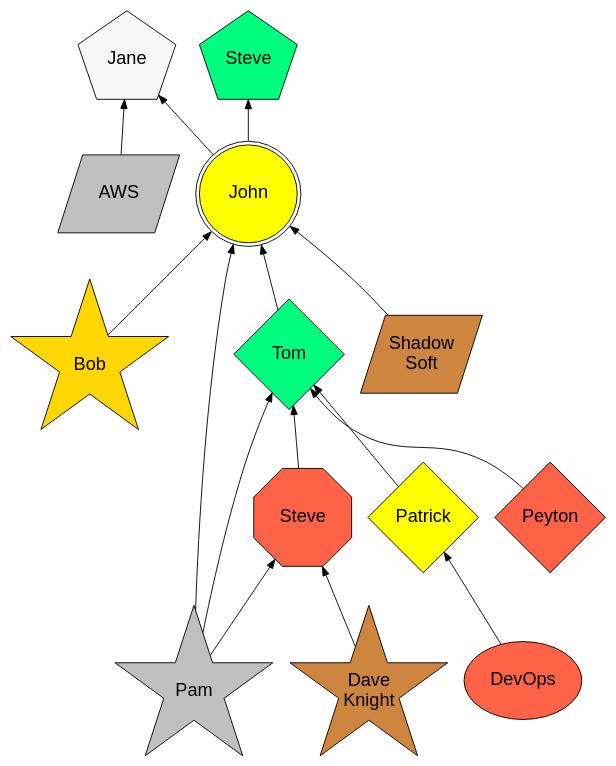
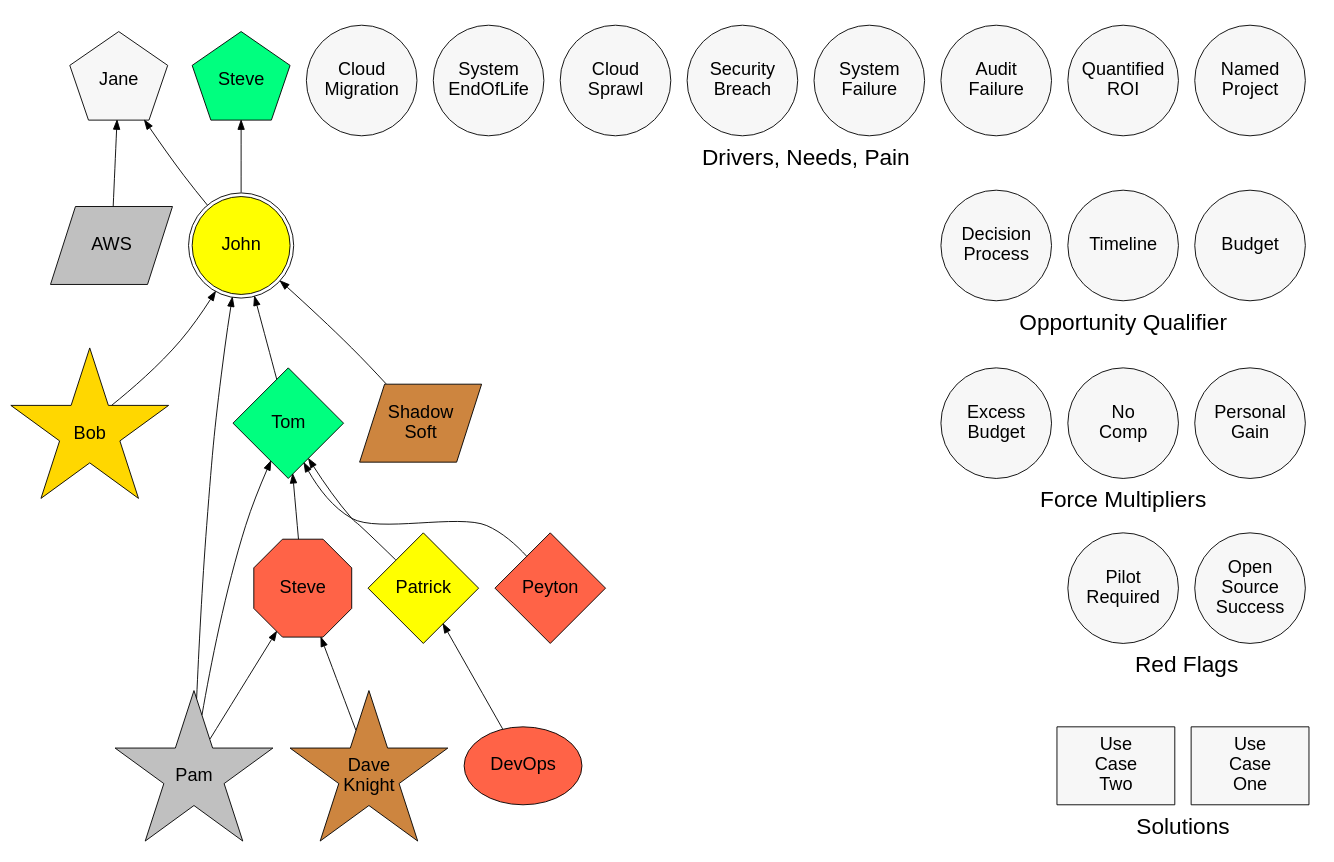
Before and after one commit to joshuaNjordan85/SouthStrategicOps: the diagram in example.dot, drawn with Graphviz.

Commit message:
Org and Indicator example

```diff
--- a/example.dot
+++ b/example.dot
@@ -137,7 +137,7 @@
 AWS [label="AWS", fillcolor=silver]
 ShadowSoft [label="Shadow\nSoft", fillcolor=peru]
 
-/* 
+ 
 
 //
 // Solutions 
@@ -199,7 +199,7 @@
   // BanT
   // The "a" are the executive and buyer nodes.
   // The "n" are the various Drivers, Needs and Pain nodes. 
-  Budget [fillcolor=deepskyblue] 
+  Budget [fillcolor=grey97] 
   Timeline [fillcolor=grey97]
 
   // meDDic (Decision criteria and process)
@@ -229,7 +229,7 @@
   {rank=same "NamedProject" "AuditFailure" "SystemFailure" "SecurityBreach" "CloudSprawl" "SystemEndOfLife" "CloudMigration"}
 }
 
-*/
+
 
 /*
 
@@ -259,7 +259,6 @@
 
 edge [style=invis]
 
-/*
 // Rank 1 - Drivers/Needs/Pains
 Budget -> NamedProject
 // Rank 2 - Opportunity Requirements
@@ -269,7 +268,6 @@
 // Rank 4 - Red flags
 UseCase1 -> OSS
 // Rank 5 - Solutions
-*/
 
 /*
 Presentation -> UseCase1
@@ -303,12 +301,14 @@
 PamSmith -> SteveSuiter
 PamSmith -> TomBrady
 
-/*
+
 
 //
 // Intelligence
 //
 edge [style=dashed]
+
+/*
 
 PatMahomes -> SystemFailure
 PeytonManning -> NamedProject
@@ -325,6 +325,7 @@
 
 */
 
+
 //
 // Activity 
 //
```
